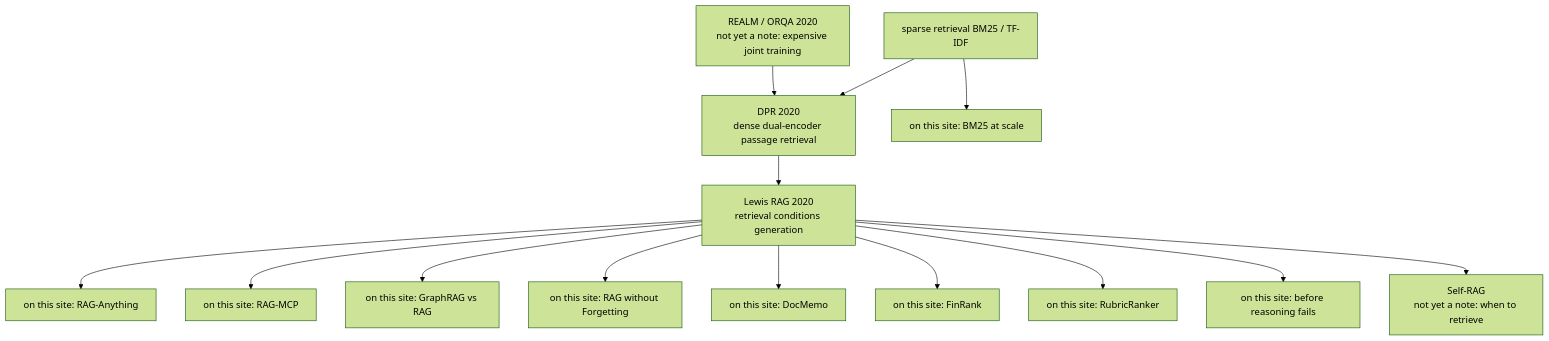
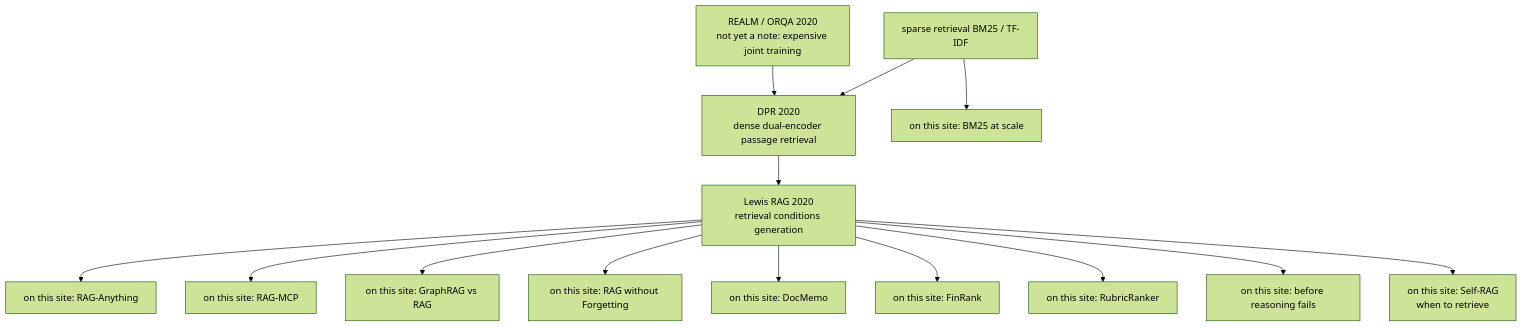
One commit to poirotw66/poirotw66.github.io changed the diagram in src/content/blog/en/92-rag-method-foundation-reading-map.md. Above: the diagram before and after it, drawn with Mermaid (forest theme). The commit also changed other lines of this file and 15 other files, not shown here.

First line of the commit message:
Add Self-RAG paper-reading note 33 (ZH/EN)

````diff
--- a/src/content/blog/en/92-rag-method-foundation-reading-map.md
+++ b/src/content/blog/en/92-rag-method-foundation-reading-map.md
@@ -45,18 +45,18 @@
 ```mermaid
 flowchart TB
   Sparse["sparse retrieval BM25 / TF-IDF"]
   REALM["REALM / ORQA 2020<br/>not yet a note: expensive joint training"]
   Sparse --> DPR["DPR 2020<br/>dense dual-encoder passage retrieval"]
   REALM --> DPR
   DPR --> RAG["Lewis RAG 2020<br/>retrieval conditions generation"]
   Sparse --> BM25leaf["on this site: BM25 at scale"]
   RAG --> Anything["on this site: RAG-Anything"]
   RAG --> RAGMCP["on this site: RAG-MCP"]
   RAG --> Graph["on this site: GraphRAG vs RAG"]
   RAG --> ERM["on this site: RAG without Forgetting"]
   RAG --> DocMemo["on this site: DocMemo"]
   RAG --> FinRank["on this site: FinRank"]
   RAG --> Rubric["on this site: RubricRanker"]
   RAG --> ReadGate["on this site: before reasoning fails"]
-  RAG --> SelfRAG["Self-RAG<br/>not yet a note: when to retrieve"]
+  RAG --> SelfRAG["on this site: Self-RAG<br/>when to retrieve"]
 ```
````
